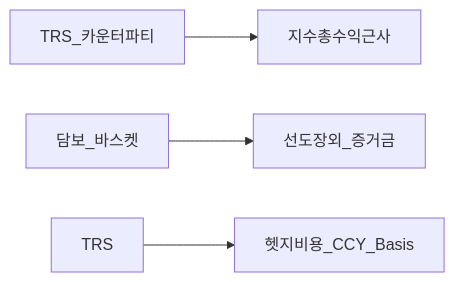
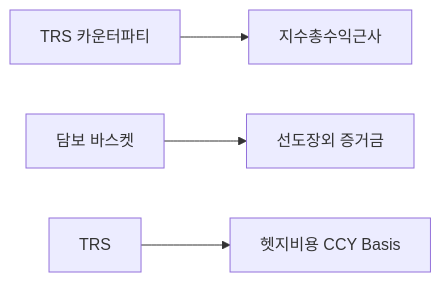
The third of 3 diagrams in 03-markets/etf-index-funds-deep.md (goldanghenry/Finances), drawn with Mermaid before and after one commit. The commit also changed other lines of this file and 211 other files, not shown here.

````diff
--- a/03-markets/etf-index-funds-deep.md
+++ b/03-markets/etf-index-funds-deep.md
@@ -157,6 +162,6 @@
 ```mermaid
 flowchart LR
-  Swp[TRS_카운터파티] --> IdxRet[지수총수익근사]
-  Col[담보_바스켓] --> OTC[선도장외_증거금]
-  TRS --> Fees[헷지비용_CCY_Basis]
+  Swp["TRS 카운터파티"] --> IdxRet[지수총수익근사]
+  Col["담보 바스켓"] --> OTC["선도장외 증거금"]
+  TRS --> Fees["헷지비용 CCY Basis"]
 ```
````
